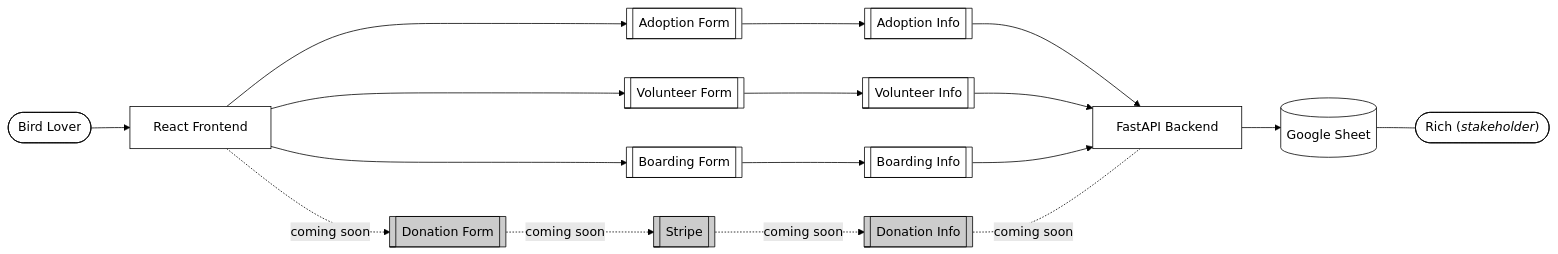
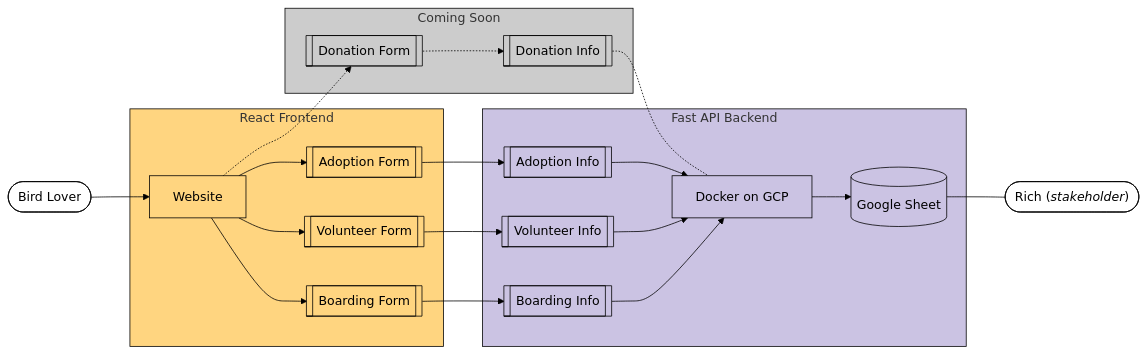
Before and after one commit to jae-finger/rescuethebirds-be: the diagram in README.md, drawn with Mermaid (forest theme).

Commit message:
updated flowchart with coming soon

````diff
--- a/README.md
+++ b/README.md
@@ -44,51 +44,60 @@
 ```mermaid
 
 graph LR;
     style randomuser fill:#ffffff, stroke:#000000;
-    randomuser([Bird Lover])-->frontend[React Frontend];
+    randomuser([Bird Lover])-->fe[Website];
+    subgraph frontend [React Frontend]
+    style fe fill:#FFD580, stroke:#000000;
     
-    style frontend fill:#ffffff, stroke:#000000;
-    frontend-.->|coming soon|8[[Donation Form]];
+    style 1 fill:#CBC3E3, stroke:#000000;
+    fe-->7[[Boarding Form]];
+
+    style 2 fill:#CBC3E3, stroke:#000000;
+    fe-->6[[Volunteer Form]];
+
+    style 3 fill:#CBC3E3, stroke:#000000;
+    fe-->5[[Adoption Form]];
+    end
+    style fe fill:#FFD580, stroke:#000000;
+    fe-.->8[[Donation Form]];
+    subgraph comingsoon [Coming Soon]
+    8-.->4[[Donation Info]];
+
+    end
+    style comingsoon fill:#cccccc, stroke:#000000;
+    subgraph backend [Fast API Backend]
     
-    style 1 fill:#ffffff, stroke:#000000;
-    frontend-->7[[Boarding Form]];
-
-    style 2 fill:#ffffff, stroke:#000000;
-    frontend-->6[[Volunteer Form]];
-
-    style 3 fill:#ffffff, stroke:#000000;
-    frontend-->5[[Adoption Form]];
     
     5-->1[[Adoption Info]];
 
-    style 5 fill:#ffffff, stroke:#000000;
+    style 5 fill:#FFD580, stroke:#000000;
     6-->2[[Volunteer Info]];
 
-    style 6 fill:#ffffff, stroke:#000000;
+    style 6 fill:#FFD580, stroke:#000000;
     7-->3[[Boarding Info]];
-    style 7 fill:#ffffff, stroke:#000000;
+    4-.-be;
+    style 7 fill:#FFD580, stroke:#000000;
 
-    8-.->|coming soon|88[[Stripe]];
-    88-.->|coming soon|4[[Donation Info]];
     style 4 fill:#cccccc, stroke:#000000;
-    style 88 fill:#cccccc, stroke:#000000;
+
     style 8 fill:#cccccc, stroke:#000000;
+    
+    1-->be;
+    style be fill:#CBC3E3, stroke:#000000;
+    
+    2-->be;
+    3-->be;
 
-    1-->backend;
-    style backend fill:#ffffff, stroke:#000000;
-
-    2-->backend;
-    3-->backend;
-    
-    4-.-|coming soon|backend;
-
-    backend[FastAPI Backend]-->googlesheet[(Google Sheet)]
-    style backend fill:#ffffff, stroke:#000000;
-    style googlesheet fill:#ffffff, stroke:#000000;
+    be[Docker on GCP]-->googlesheet[(Google Sheet)]
+    end
+    style be fill:#CBC3E3, stroke:#000000;
+    style googlesheet fill:#CBC3E3, stroke:#000000;
+    style frontend fill:#FFD580, stroke:#000000;
+    style backend fill:#CBC3E3, stroke:#000000;
 
     googlesheet---stakeholder(["`Rich (*stakeholder*)`"]);
 
 
     style stakeholder fill:#ffffff, stroke:#000000;
 
 ```
````
